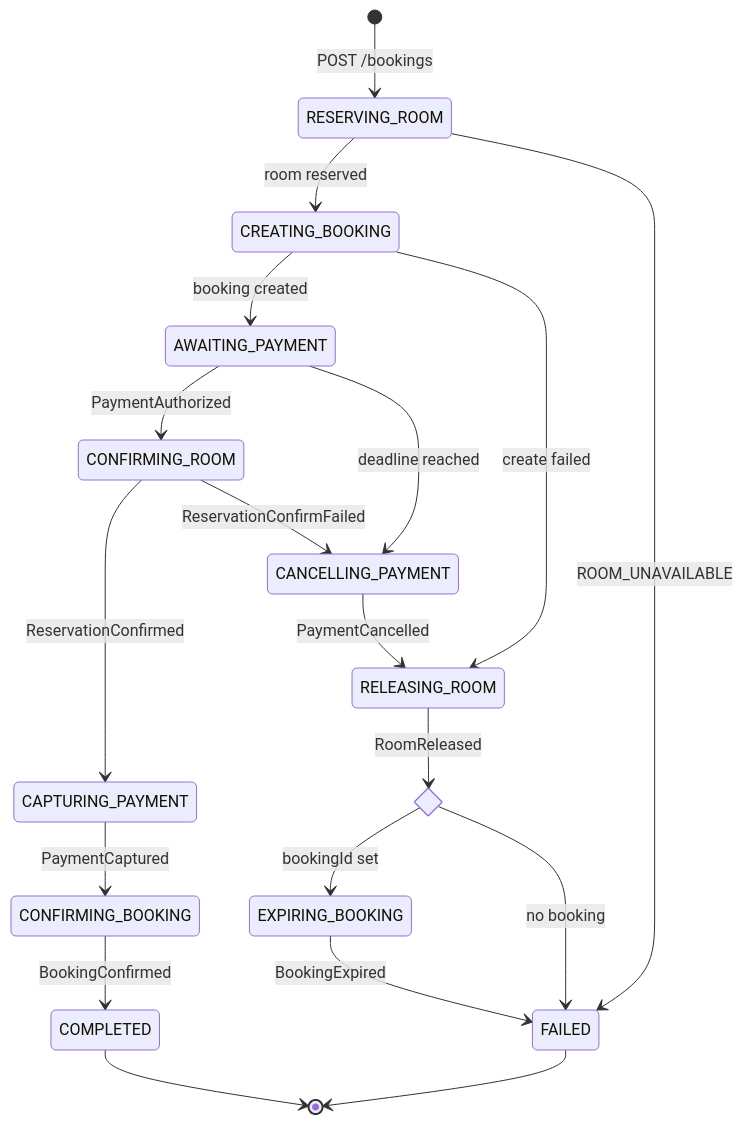
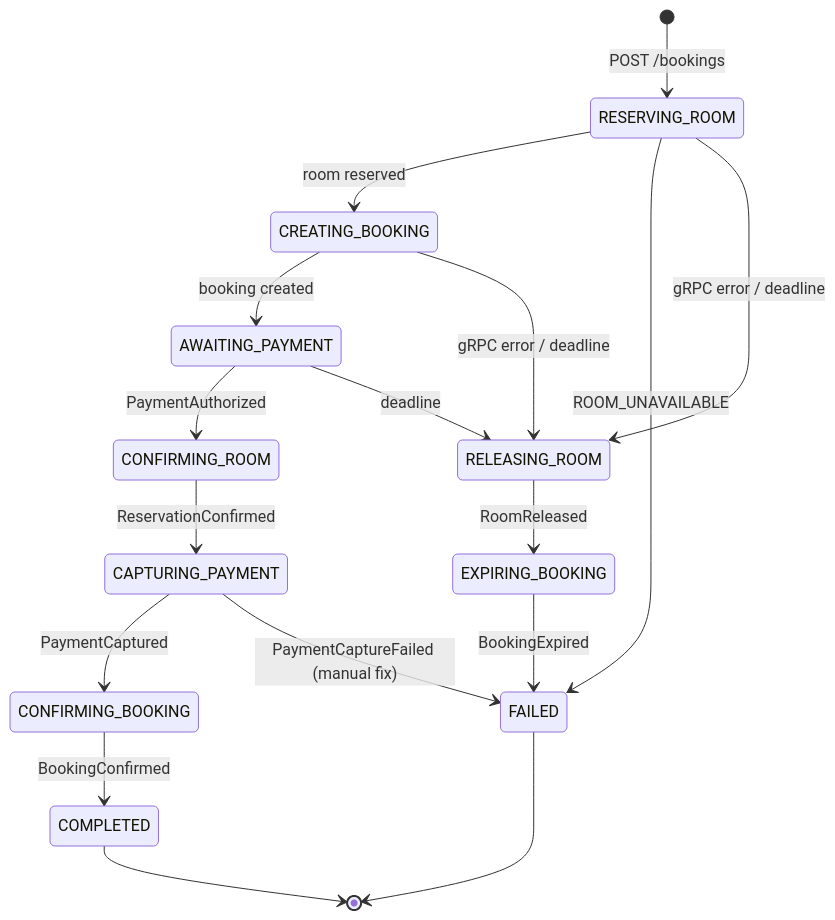
Before and after one commit to TranQuangPhong/hotel-booking-hexagon: the first of 4 diagrams in doc/uc1-create-booking/state-machines.md, drawn with Mermaid. The commit also changed other lines of this file and 12 other files, not shown here.

````diff
--- a/doc/uc1-create-booking/state-machines.md
+++ b/doc/uc1-create-booking/state-machines.md
@@ -9,27 +9,22 @@
 ```mermaid
 stateDiagram-v2
-    state has_booking <<choice>>
-
     [*] --> RESERVING_ROOM: POST /bookings
     RESERVING_ROOM --> CREATING_BOOKING: room reserved
     RESERVING_ROOM --> FAILED: ROOM_UNAVAILABLE
     CREATING_BOOKING --> AWAITING_PAYMENT: booking created
-    CREATING_BOOKING --> RELEASING_ROOM: create failed
 
     AWAITING_PAYMENT --> CONFIRMING_ROOM: PaymentAuthorized
-    AWAITING_PAYMENT --> CANCELLING_PAYMENT: deadline reached
-
     CONFIRMING_ROOM --> CAPTURING_PAYMENT: ReservationConfirmed
-    CONFIRMING_ROOM --> CANCELLING_PAYMENT: ReservationConfirmFailed
     CAPTURING_PAYMENT --> CONFIRMING_BOOKING: PaymentCaptured
+    CAPTURING_PAYMENT --> FAILED: PaymentCaptureFailed (manual fix)
     CONFIRMING_BOOKING --> COMPLETED: BookingConfirmed
 
-    CANCELLING_PAYMENT --> RELEASING_ROOM: PaymentCancelled
-    RELEASING_ROOM --> has_booking: RoomReleased
-    has_booking --> EXPIRING_BOOKING: bookingId set
-    has_booking --> FAILED: no booking
+    RESERVING_ROOM --> RELEASING_ROOM: gRPC error / deadline
+    CREATING_BOOKING --> RELEASING_ROOM: gRPC error / deadline
+    AWAITING_PAYMENT --> RELEASING_ROOM: deadline
+    RELEASING_ROOM --> EXPIRING_BOOKING: RoomReleased
     EXPIRING_BOOKING --> FAILED: BookingExpired
 
     COMPLETED --> [*]
     FAILED --> [*]
 ```
````
